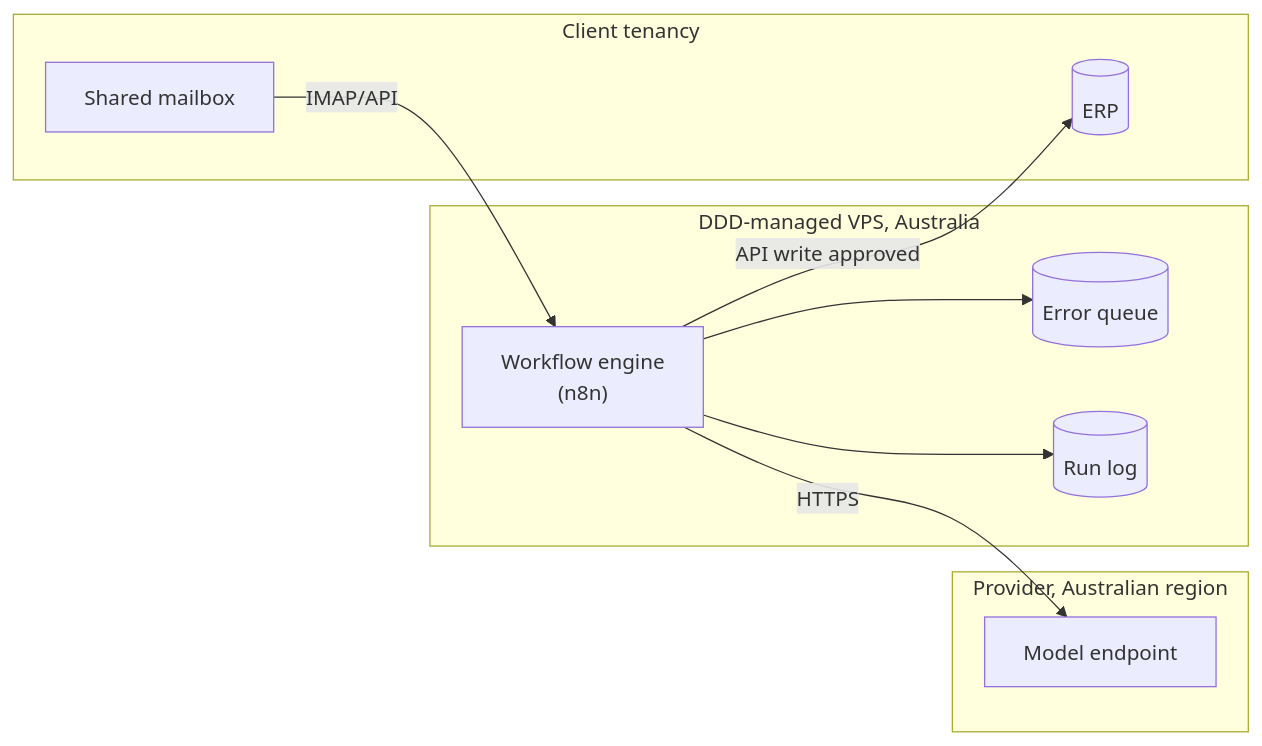
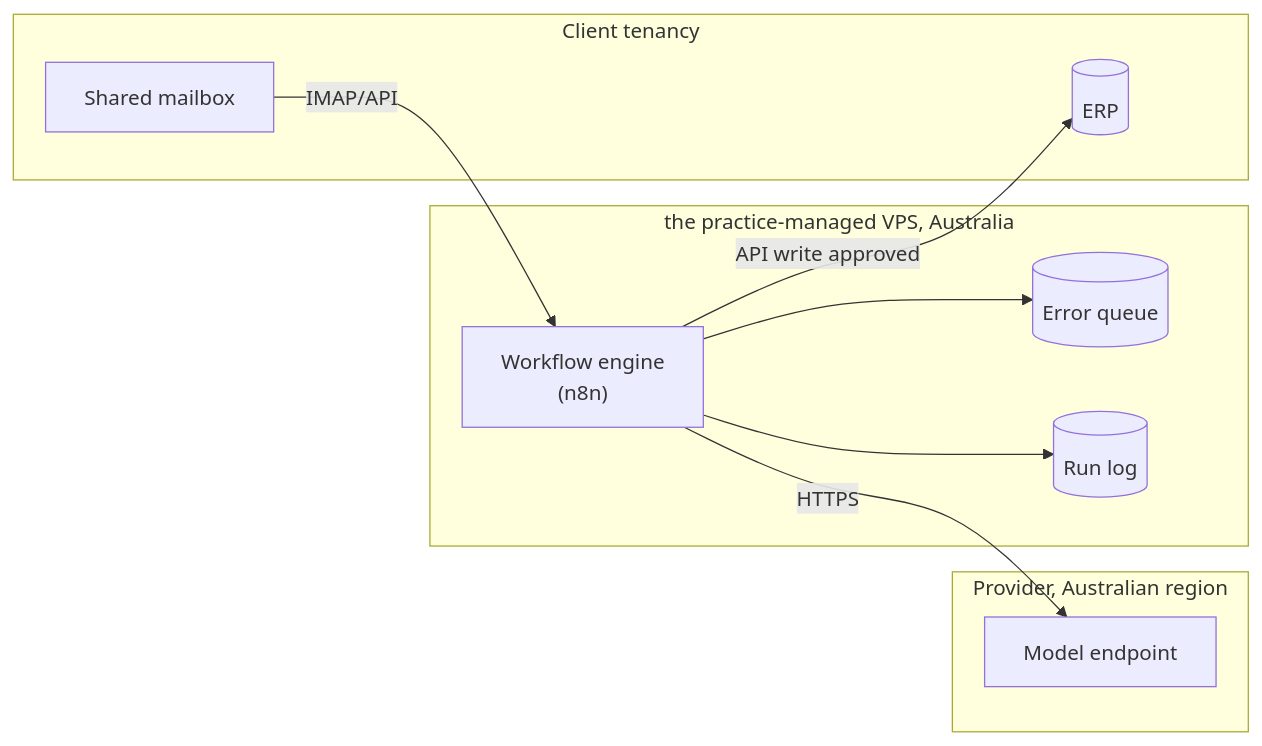
Before and after one commit to avionad/ai-engineering-department: the second of 4 diagrams in .claude/skills/ai-solution-architecture/references/architecture-views.md, drawn with Mermaid. The commit also changed other lines of this file and 154 other files, not shown here.

````diff
--- a/.claude/skills/ai-solution-architecture/references/architecture-views.md
+++ b/.claude/skills/ai-solution-architecture/references/architecture-views.md
@@ -40,20 +40,20 @@
 ```mermaid
 flowchart LR
-  subgraph DV ["DDD-managed VPS, Australia"]
+  subgraph DV ["the practice-managed VPS, Australia"]
     W["Workflow engine<br/>(n8n)"]
     Q[(Error queue)]
     L[(Run log)]
   end
   subgraph PR ["Provider, Australian region"]
     M[Model endpoint]
   end
   subgraph CT ["Client tenancy"]
     MB[Shared mailbox]
     E[(ERP)]
   end
   MB -->|IMAP/API| W
   W -->|HTTPS| M
   W -->|API write approved| E
   W --> Q
   W --> L
 ```
````
